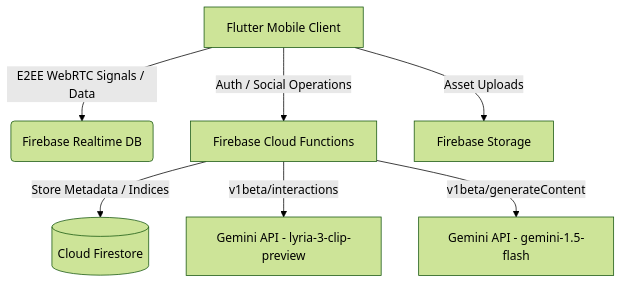
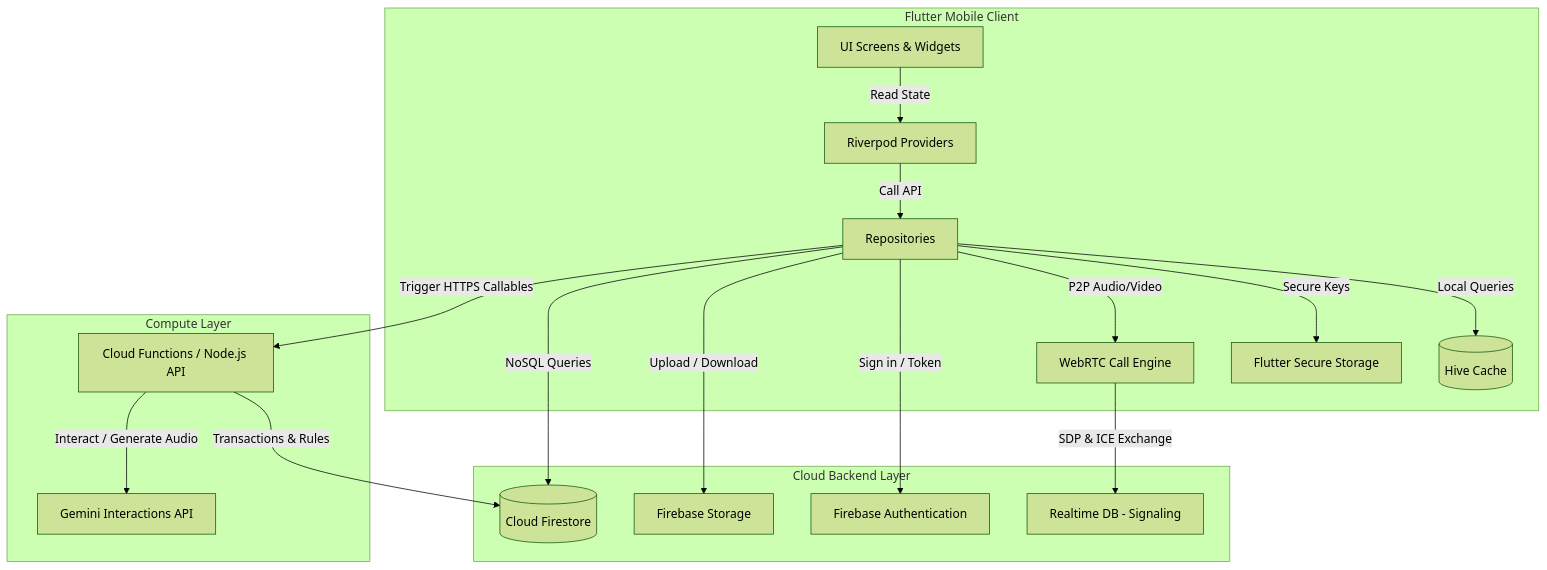
Before and after one commit to krishnasharma7011594-cmd/Gotchaa: the diagram in README.md, drawn with Mermaid (forest theme). The commit also changed other lines of this file, not shown here.

Commit message:
docs: upgrade README.md to production-grade standard with detailed templates, structural trees, and Mermaid diagrams

````diff
--- a/README.md
+++ b/README.md
@@ -7,9 +73,30 @@
 ```mermaid
 graph TD
-    A[Flutter Mobile Client] -->|E2EE WebRTC Signals / Data| B(Firebase Realtime DB)
-    A -->|Auth / Social Operations| C[Firebase Cloud Functions]
-    A -->|Asset Uploads| D[Firebase Storage]
-    C -->|Store Metadata / Indices| E[(Cloud Firestore)]
-    C -->|v1beta/interactions| F[Gemini API - lyria-3-clip-preview]
-    C -->|v1beta/generateContent| G[Gemini API - gemini-1.5-flash]
+    subgraph Client Application [Flutter Mobile Client]
+        UI[UI Screens & Widgets] -->|Read State| Riverpod[Riverpod Providers]
+        Riverpod -->|Call API| Repository[Repositories]
+        Repository -->|Local Queries| Hive[(Hive Cache)]
+        Repository -->|Secure Keys| FSS[Flutter Secure Storage]
+        Repository -->|P2P Audio/Video| WebRTC[WebRTC Call Engine]
+    end
+
+    subgraph Firebase Ecosystem [Cloud Backend Layer]
+        Auth[Firebase Authentication]
+        Storage[Firebase Storage]
+        Firestore[(Cloud Firestore)]
+        RTDB[Realtime DB - Signaling]
+    end
+
+    subgraph Backend Services [Compute Layer]
+        Functions[Cloud Functions / Node.js API]
+        Gemini[Gemini Interactions API]
+    end
+
+    Repository -->|Sign in / Token| Auth
+    Repository -->|Upload / Download| Storage
+    Repository -->|NoSQL Queries| Firestore
+    WebRTC -->|SDP & ICE Exchange| RTDB
+    Repository -->|Trigger HTTPS Callables| Functions
+    Functions -->|Transactions & Rules| Firestore
+    Functions -->|Interact / Generate Audio| Gemini
 ```
````
